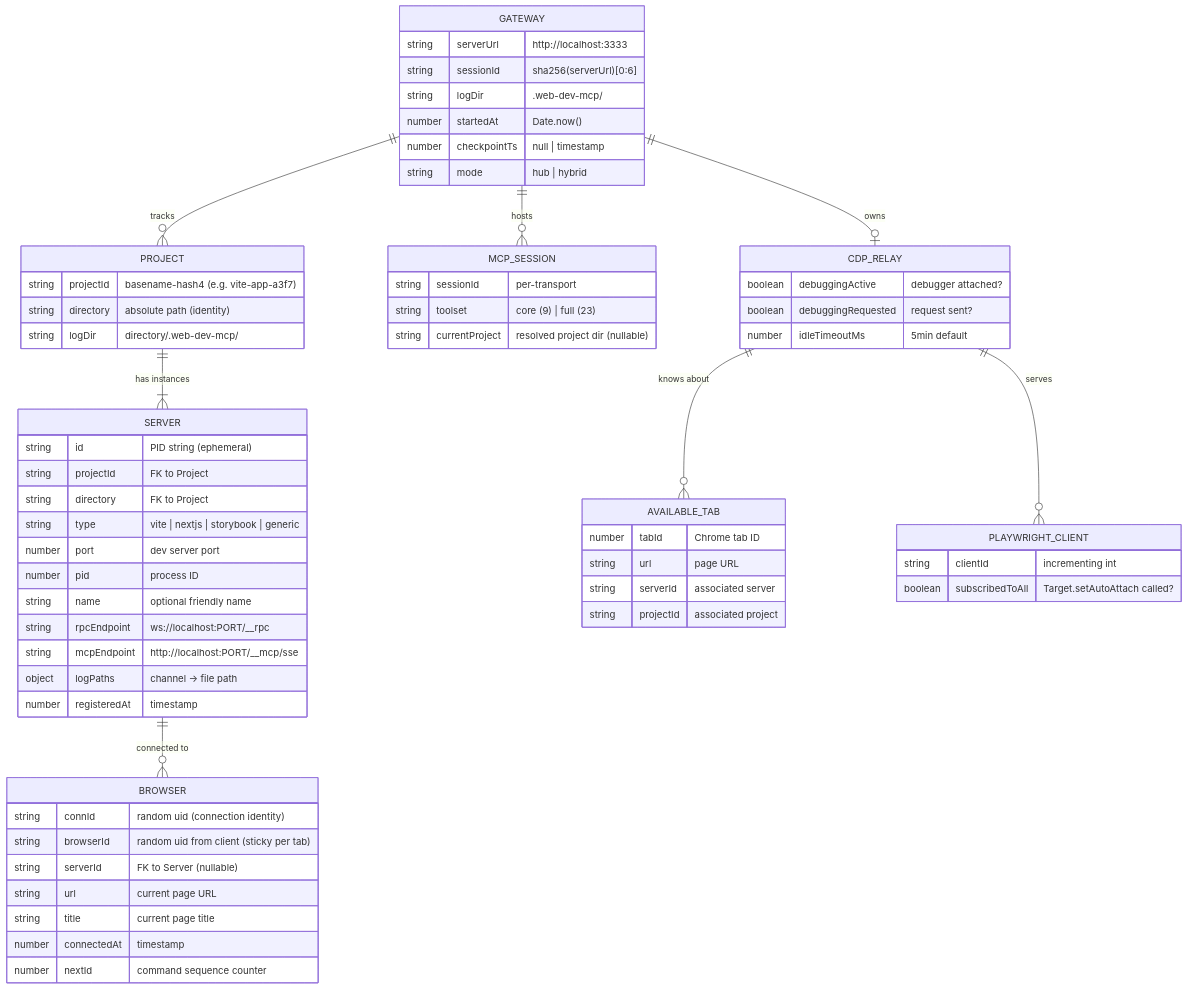
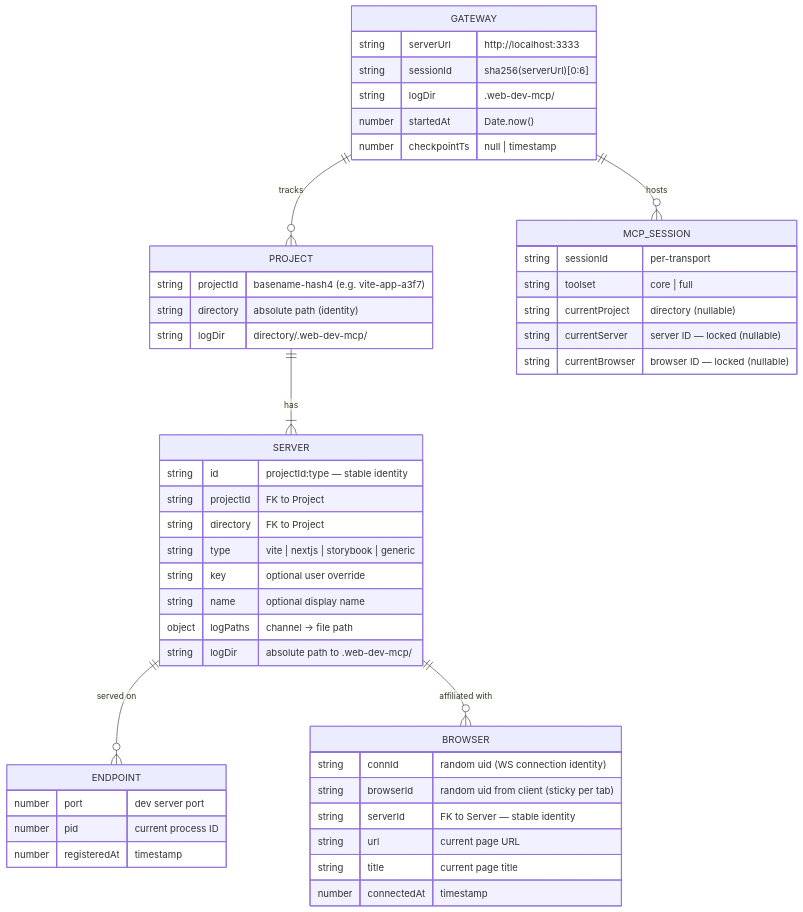
The first of 6 diagrams in docs/architecture.md (WinstonFassett/webdev-ai), drawn with Mermaid before and after one commit. The commit also changed other lines of this file and 10 other files, not shown here.

First line of the commit message:
refactor: stable server identity model + browser_* MCP tools

````diff
--- a/docs/architecture.md
+++ b/docs/architecture.md
@@ -5,73 +5,56 @@
 ```mermaid
 erDiagram
     GATEWAY ||--o{ PROJECT : "tracks"
     GATEWAY ||--o{ MCP_SESSION : "hosts"
-    GATEWAY ||--o| CDP_RELAY : "owns"
-    PROJECT ||--|{ SERVER : "has instances"
-    SERVER ||--o{ BROWSER : "connected to"
-    CDP_RELAY ||--o{ AVAILABLE_TAB : "knows about"
-    CDP_RELAY ||--o{ PLAYWRIGHT_CLIENT : "serves"
+    PROJECT ||--|{ SERVER : "has"
+    SERVER ||--o{ ENDPOINT : "served on"
+    SERVER ||--o{ BROWSER : "affiliated with"
 
     GATEWAY {
         string serverUrl "http://localhost:3333"
         string sessionId "sha256(serverUrl)[0:6]"
         string logDir ".web-dev-mcp/"
         number startedAt "Date.now()"
         number checkpointTs "null | timestamp"
-        string mode "hub | hybrid"
     }
 
     PROJECT {
         string projectId "basename-hash4 (e.g. vite-app-a3f7)"
         string directory "absolute path (identity)"
         string logDir "directory/.web-dev-mcp/"
     }
 
     SERVER {
-        string id "PID string (ephemeral)"
+        string id "projectId:type — stable identity"
         string projectId "FK to Project"
         string directory "FK to Project"
         string type "vite | nextjs | storybook | generic"
+        string key "optional user override"
+        string name "optional display name"
+        object logPaths "channel -> file path"
+        string logDir "absolute path to .web-dev-mcp/"
+    }
+
+    ENDPOINT {
         number port "dev server port"
-        number pid "process ID"
-        string name "optional friendly name"
-        string rpcEndpoint "ws://localhost:PORT/__rpc"
-        string mcpEndpoint "http://localhost:PORT/__mcp/sse"
-        object logPaths "channel -> file path"
+        number pid "current process ID"
         number registeredAt "timestamp"
     }
 
     BROWSER {
-        string connId "random uid (connection identity)"
+        string connId "random uid (WS connection identity)"
         string browserId "random uid from client (sticky per tab)"
-        string serverId "FK to Server (nullable)"
+        string serverId "FK to Server — stable identity"
         string url "current page URL"
         string title "current page title"
         number connectedAt "timestamp"
-        number nextId "command sequence counter"
     }
 
     MCP_SESSION {
         string sessionId "per-transport"
-        string toolset "core (9) | full (23)"
-        string currentProject "resolved project dir (nullable)"
-    }
-
-    CDP_RELAY {
-        boolean debuggingActive "debugger attached?"
-        boolean debuggingRequested "request sent?"
-        number idleTimeoutMs "5min default"
-    }
-
-    AVAILABLE_TAB {
-        number tabId "Chrome tab ID"
-        string url "page URL"
-        string serverId "associated server"
-        string projectId "associated project"
-    }
-
-    PLAYWRIGHT_CLIENT {
-        string clientId "incrementing int"
-        boolean subscribedToAll "Target.setAutoAttach called?"
+        string toolset "core | full"
+        string currentProject "directory (nullable)"
+        string currentServer "server ID — locked (nullable)"
+        string currentBrowser "browser ID — locked (nullable)"
     }
 ```
````
